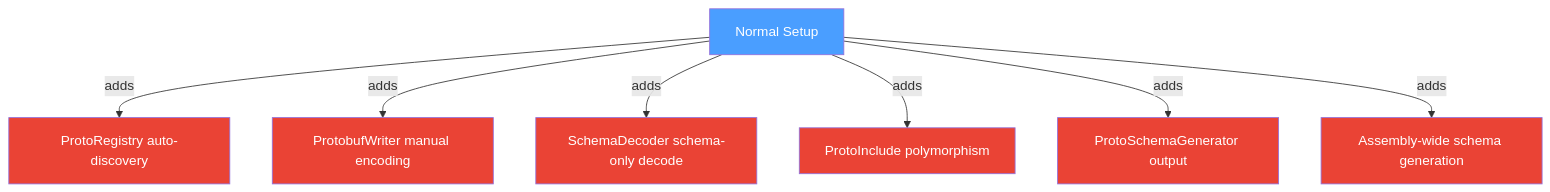
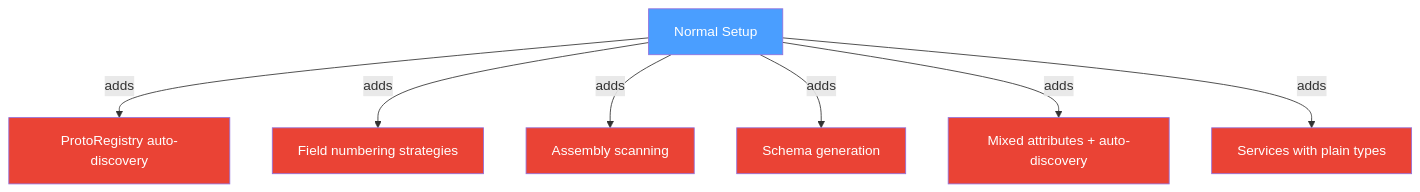
One commit to IsMikeTaken/ProtobuffEncoder changed the first of 2 diagrams in Writerside/topics/advanced_setup.md. Above: the diagram before and after it, drawn with Mermaid. The commit also changed other lines of this file and 32 other files, not shown here.

````diff
--- a/Writerside/topics/advanced_setup.md
+++ b/Writerside/topics/advanced_setup.md
@@ -7,17 +7,17 @@
 ```mermaid
 flowchart TD
     A["Normal Setup"] -->|adds| B["ProtoRegistry auto-discovery"]
-    A -->|adds| C["ProtobufWriter manual encoding"]
-    A -->|adds| D["SchemaDecoder schema-only decode"]
-    A -->|adds| E["ProtoInclude polymorphism"]
-    A -->|adds| F["ProtoSchemaGenerator output"]
-    A -->|adds| G["Assembly-wide schema generation"]
+    A -->|adds| C["Field numbering strategies"]
+    A -->|adds| D["Assembly scanning"]
+    A -->|adds| E["Schema generation"]
+    A -->|adds| F["Mixed attributes + auto-discovery"]
+    A -->|adds| G["Services with plain types"]
 
     style A fill:#4a9eff,color:#fff
     style B fill:#ea4335,color:#fff
     style C fill:#ea4335,color:#fff
     style D fill:#ea4335,color:#fff
     style E fill:#ea4335,color:#fff
     style F fill:#ea4335,color:#fff
     style G fill:#ea4335,color:#fff
 ```
````
